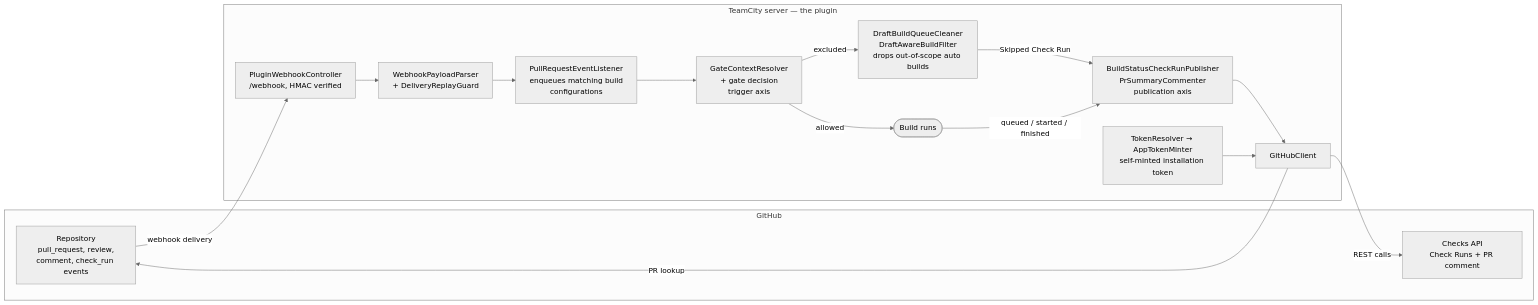
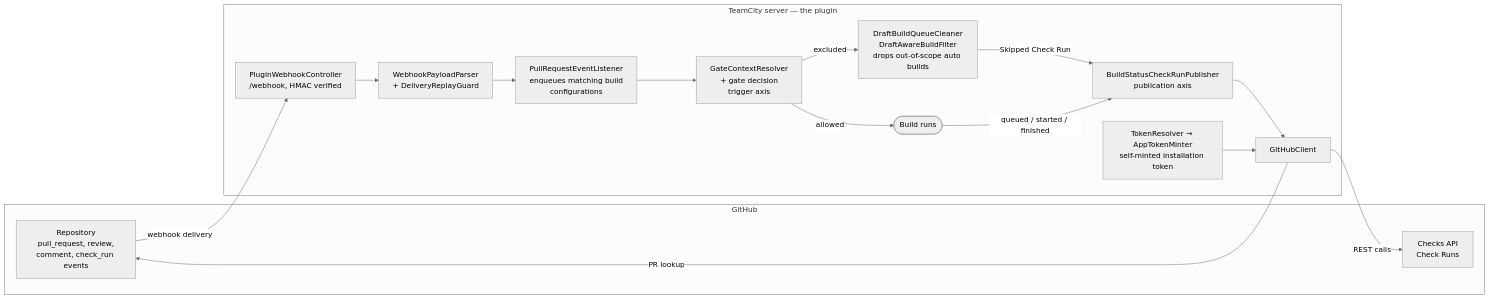
One commit to Silmaen/teamcity-github changed the second of 2 diagrams in README.md. Above: the diagram before and after it, drawn with Mermaid (neutral theme). The commit also changed other lines of this file and 70 other files, not shown here.

````diff
--- a/README.md
+++ b/README.md
@@ -245,30 +256,30 @@
 ```mermaid
 flowchart LR
     subgraph GH["GitHub"]
         REPO["Repository<br/>pull_request, review,<br/>comment, check_run events"]
-        CHECKS["Checks API<br/>Check Runs + PR comment"]
+        CHECKS["Checks API<br/>Check Runs"]
     end
 
     subgraph TC["TeamCity server — the plugin"]
         WH["PluginWebhookController<br/>/webhook, HMAC verified"]
         PARSE["WebhookPayloadParser<br/>+ DeliveryReplayGuard"]
         LISTEN["PullRequestEventListener<br/>enqueues matching build<br/>configurations"]
         GATE["GateContextResolver<br/>+ gate decision<br/>trigger axis"]
         CLEAN["DraftBuildQueueCleaner<br/>DraftAwareBuildFilter<br/>drops out-of-scope auto builds"]
         BUILD(["Build runs"])
-        PUB["BuildStatusCheckRunPublisher<br/>PrSummaryCommenter<br/>publication axis"]
+        PUB["BuildStatusCheckRunPublisher<br/>publication axis"]
         TOKEN["TokenResolver → AppTokenMinter<br/>self-minted installation token"]
         API["GitHubClient"]
     end
 
     REPO -- "webhook delivery" --> WH
     WH --> PARSE --> LISTEN --> GATE
     GATE -- "allowed" --> BUILD
     GATE -- "excluded" --> CLEAN
     CLEAN -- "Skipped Check Run" --> PUB
     BUILD -- "queued / started / finished" --> PUB
     PUB --> API
     TOKEN --> API
     API -- "REST calls" --> CHECKS
     API -- "PR lookup" --> REPO
 ```
````
